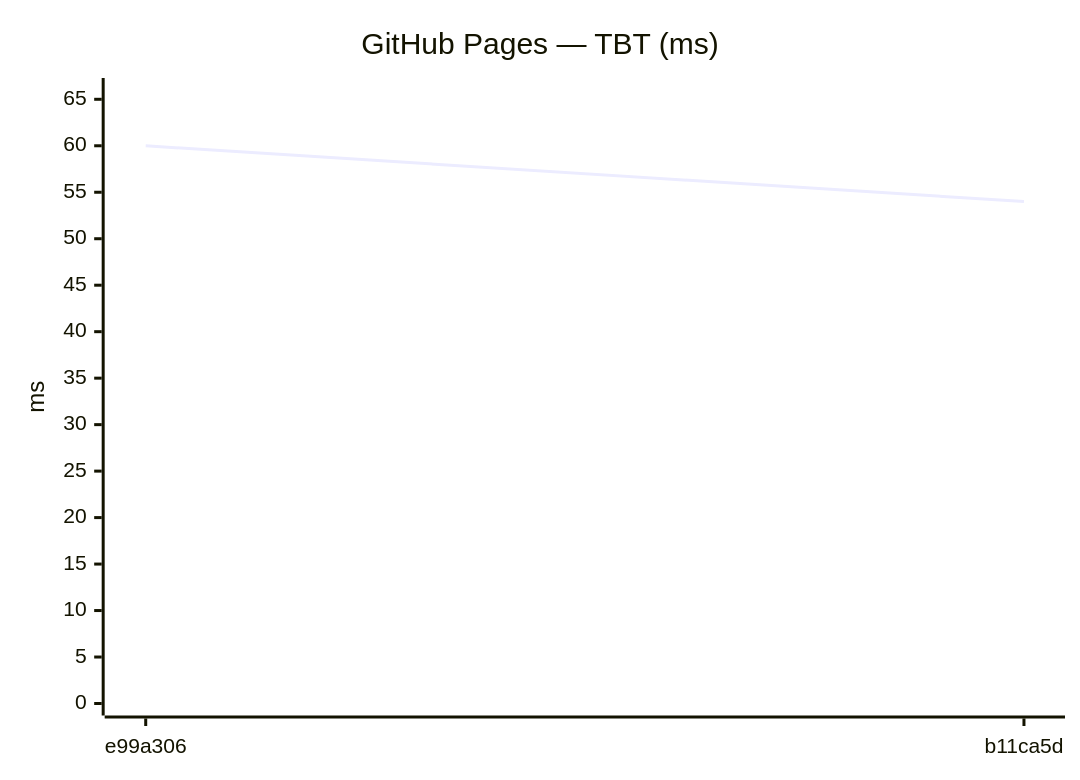
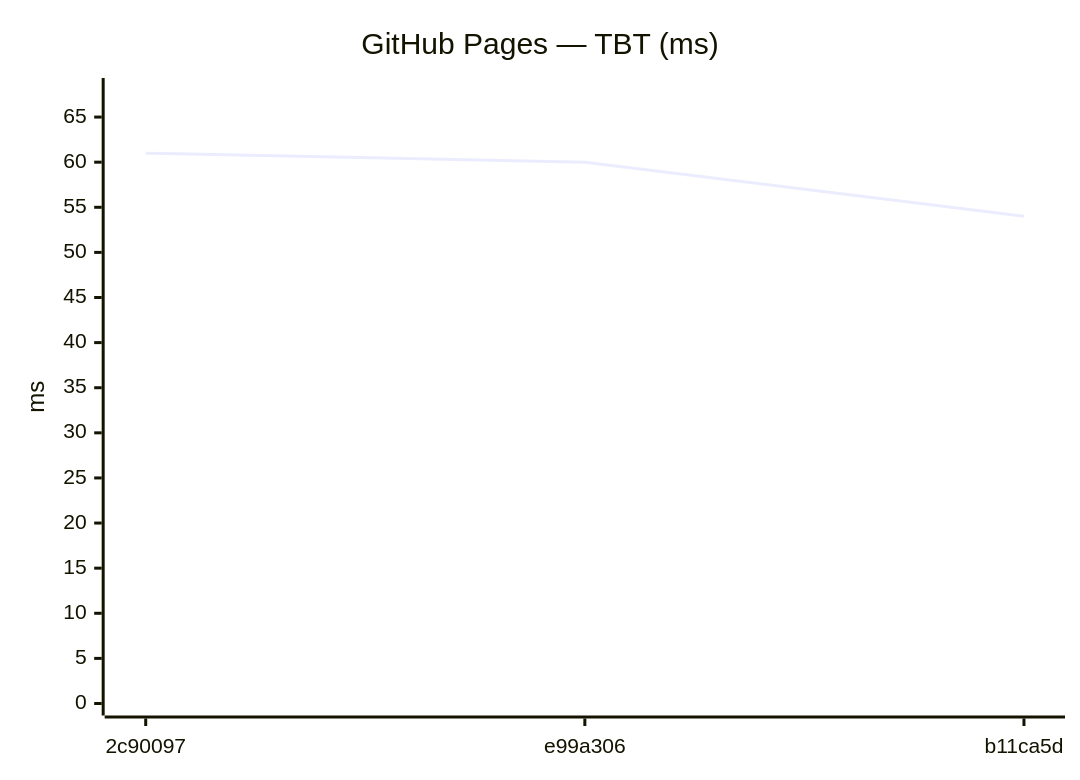
One commit to Metaheurist/Rianell changed the fourth of 24 diagrams in Benchmarks/compare.md. Above: the diagram before and after it, drawn with Mermaid. The commit also changed other lines of this file and 12 other files, not shown here.

````diff
--- a/Benchmarks/compare.md
+++ b/Benchmarks/compare.md
@@ -45,7 +47,7 @@
 ```mermaid
 xychart-beta
     title "GitHub Pages — TBT (ms)"
-    x-axis ["e99a306", "b11ca5d"]
-    y-axis "ms" 0 --> 66
-    line [60, 54]
+    x-axis ["2c90097", "e99a306", "b11ca5d"]
+    y-axis "ms" 0 --> 68
+    line [61, 60, 54]
 ```
````
